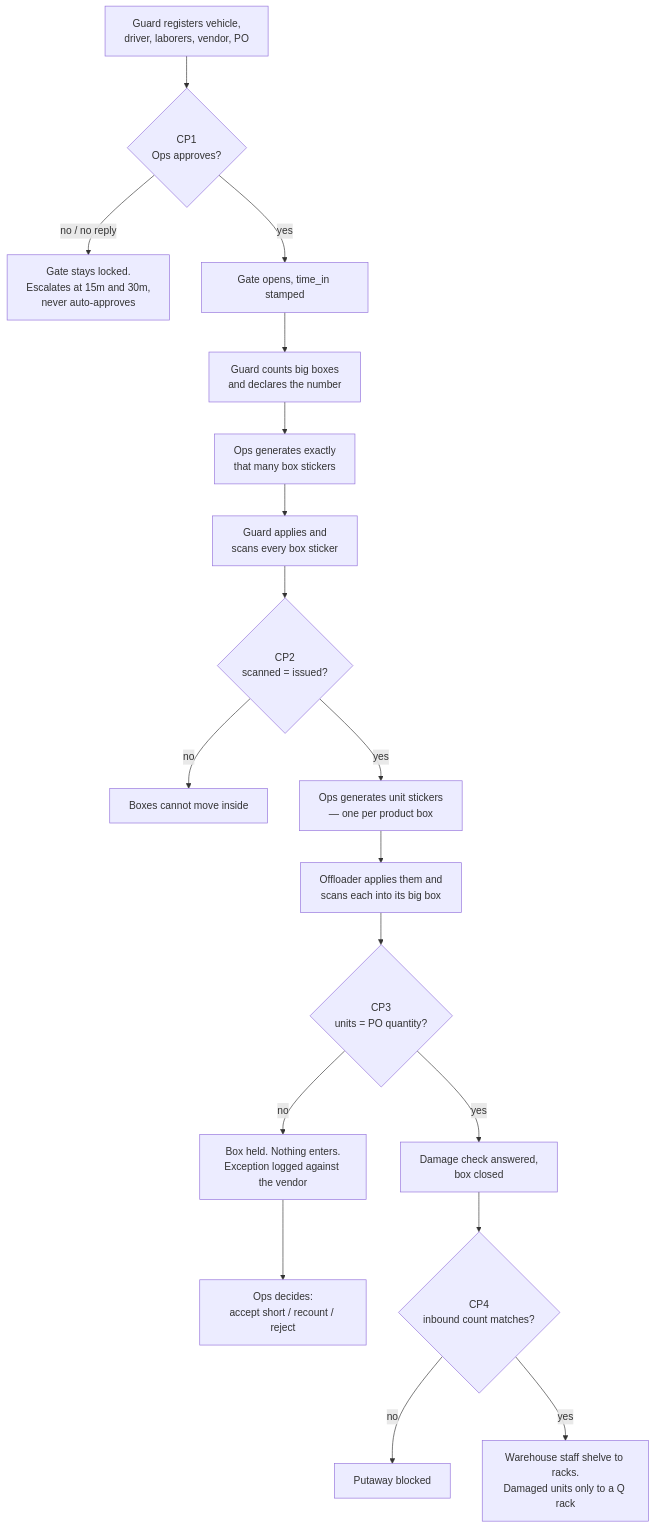
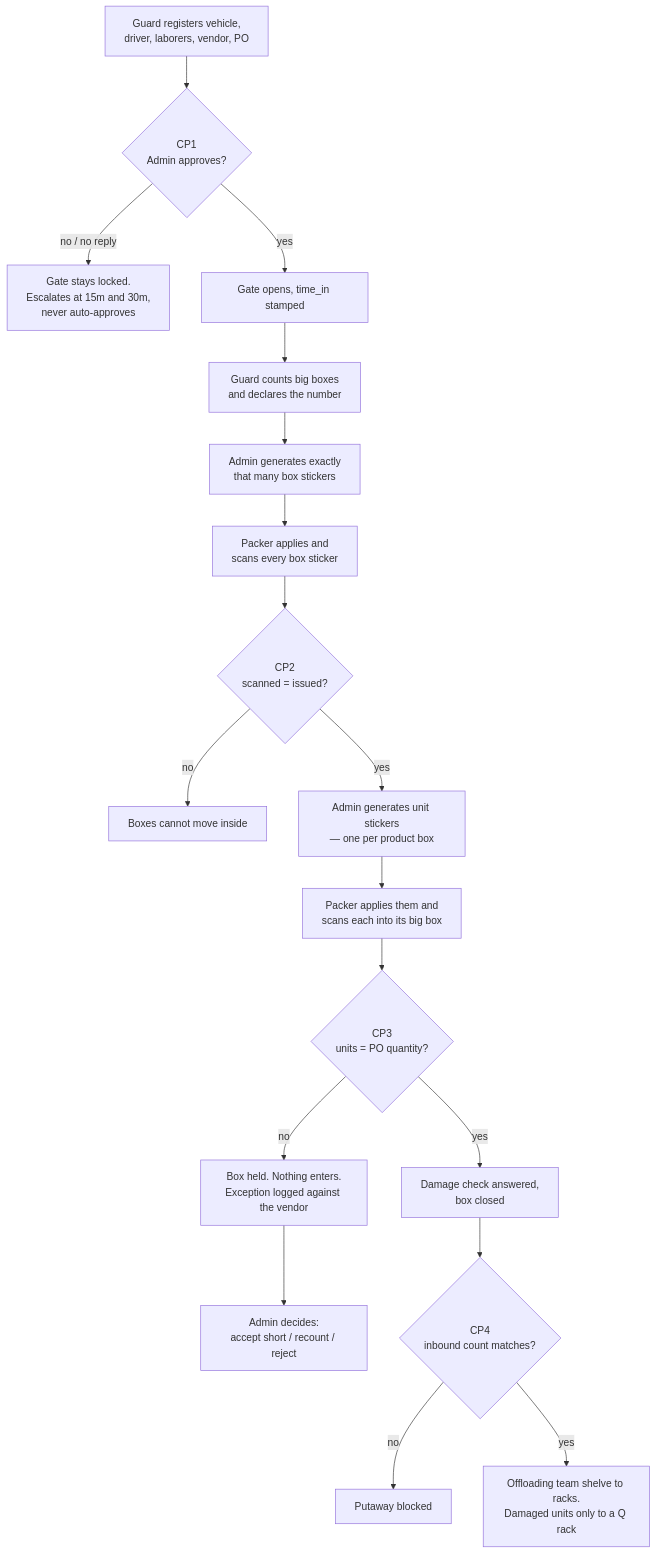
Before and after one commit to shlokburmi/R360-warehouse: the first of 2 diagrams in docs/WORKFLOW.md, drawn with Mermaid. The commit also changed other lines of this file and 71 other files, not shown here.

````diff
--- a/docs/WORKFLOW.md
+++ b/docs/WORKFLOW.md
@@ -66,20 +68,20 @@
 ```mermaid
 flowchart TD
-    A["Guard registers vehicle,<br/>driver, laborers, vendor, PO"] --> B{"CP1<br/>Ops approves?"}
+    A["Guard registers vehicle,<br/>driver, laborers, vendor, PO"] --> B{"CP1<br/>Admin approves?"}
     B -- "no / no reply" --> B1["Gate stays locked.<br/>Escalates at 15m and 30m,<br/>never auto-approves"]
     B -- yes --> C["Gate opens, time_in stamped"]
     C --> D["Guard counts big boxes<br/>and declares the number"]
-    D --> E["Ops generates exactly<br/>that many box stickers"]
-    E --> F["Guard applies and<br/>scans every box sticker"]
+    D --> E["Admin generates exactly<br/>that many box stickers"]
+    E --> F["Packer applies and<br/>scans every box sticker"]
     F --> G{"CP2<br/>scanned = issued?"}
     G -- no --> G1["Boxes cannot move inside"]
-    G -- yes --> H["Ops generates unit stickers<br/>— one per product box"]
-    H --> I["Offloader applies them and<br/>scans each into its big box"]
+    G -- yes --> H["Admin generates unit stickers<br/>— one per product box"]
+    H --> I["Packer applies them and<br/>scans each into its big box"]
     I --> J{"CP3<br/>units = PO quantity?"}
     J -- no --> J1["Box held. Nothing enters.<br/>Exception logged against the vendor"]
-    J1 --> J2["Ops decides:<br/>accept short / recount / reject"]
+    J1 --> J2["Admin decides:<br/>accept short / recount / reject"]
     J -- yes --> K["Damage check answered,<br/>box closed"]
     K --> L{"CP4<br/>inbound count matches?"}
     L -- no --> L1["Putaway blocked"]
-    L -- yes --> M["Warehouse staff shelve to racks.<br/>Damaged units only to a Q rack"]
+    L -- yes --> M["Offloading team shelve to racks.<br/>Damaged units only to a Q rack"]
 ```
````
